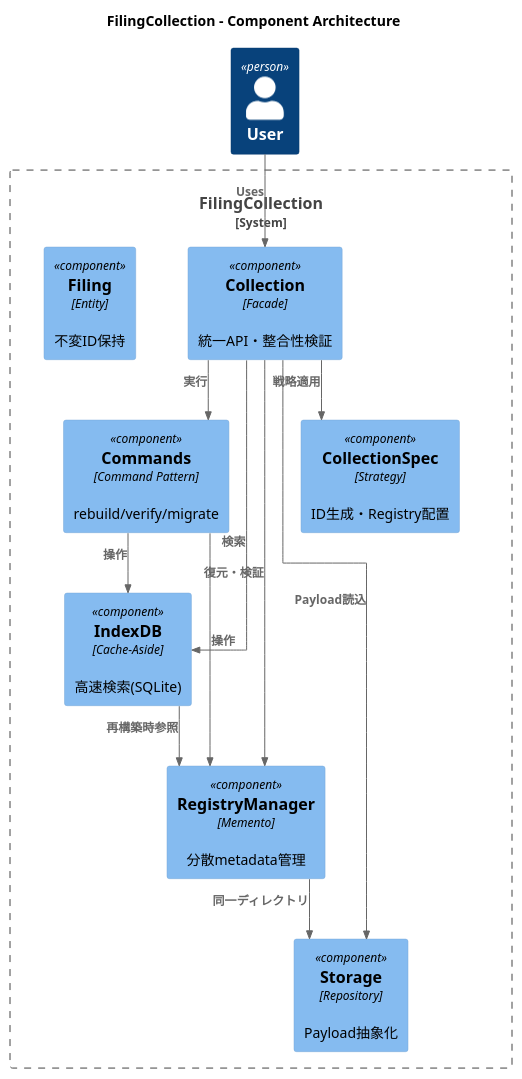
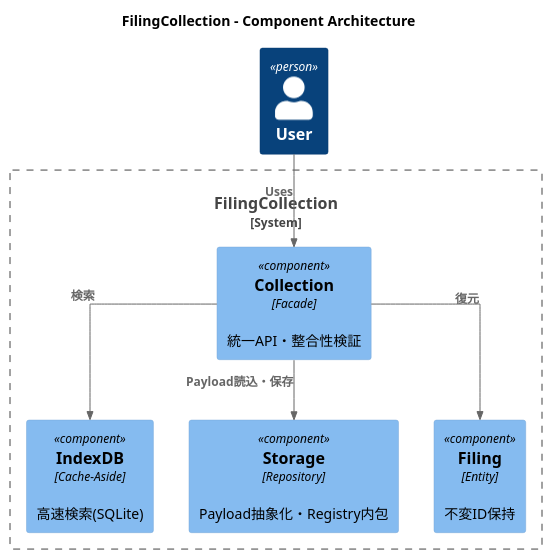
The diagram in docs/collection/component_collection.puml (fino-dev/fino-filing), drawn with PlantUML before and after one commit. The commit also changed 11 other files, not shown here.

```diff
--- a/docs/collection/component_collection.puml
+++ b/docs/collection/component_collection.puml
@@ -1,37 +1,25 @@
 @startuml FilingCollection Architecture
 !include https://raw.githubusercontent.com/plantuml-stdlib/C4-PlantUML/master/C4_Component.puml
 
 title FilingCollection - Component Architecture
 
 skinparam linetype ortho
 skinparam classAttributeIconSize 0
 skinparam packageStyle rectangle
 
 Person(user, "User")
 
 System_Boundary(collection, "FilingCollection") {
     Component(facade, "Collection", "Facade", "統一API・整合性検証")
     
     Component(index, "IndexDB", "Cache-Aside", "高速検索(SQLite)")
-    Component(registry, "RegistryManager", "Memento", "分散metadata管理")
-    Component(storage, "Storage", "Repository", "Payload抽象化")
-    
-    Component(spec, "CollectionSpec", "Strategy", "ID生成・Registry配置")
+    Component(storage, "Storage", "Repository", "Payload抽象化・Registry内包")
     Component(filing, "Filing", "Entity", "不変ID保持")
-    
-    Component(commands, "Commands", "Command Pattern", "rebuild/verify/migrate")
 }
 
 Rel(user, facade, "Uses")
 Rel(facade, index, "検索")
-Rel(facade, registry, "復元・検証")
-Rel(facade, storage, "Payload読込")
-Rel(facade, spec, "戦略適用")
-Rel(facade, commands, "実行")
-
-Rel(index, registry, "再構築時参照")
-Rel(registry, storage, "同一ディレクトリ")
-Rel(commands, index, "操作")
-Rel(commands, registry, "操作")
+Rel(facade, storage, "Payload読込・保存")
+Rel(facade, filing, "復元")
 
 @enduml
```
